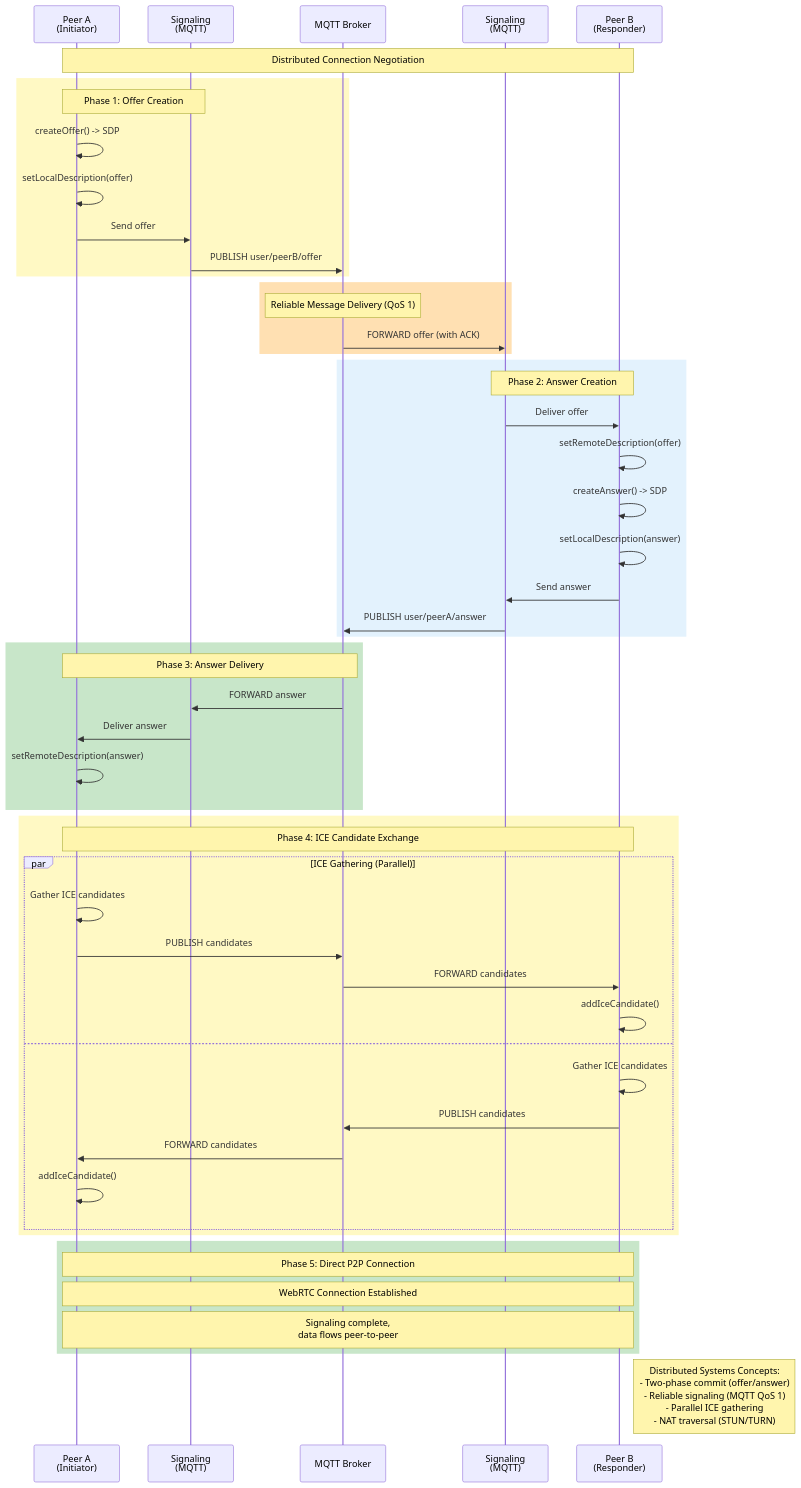
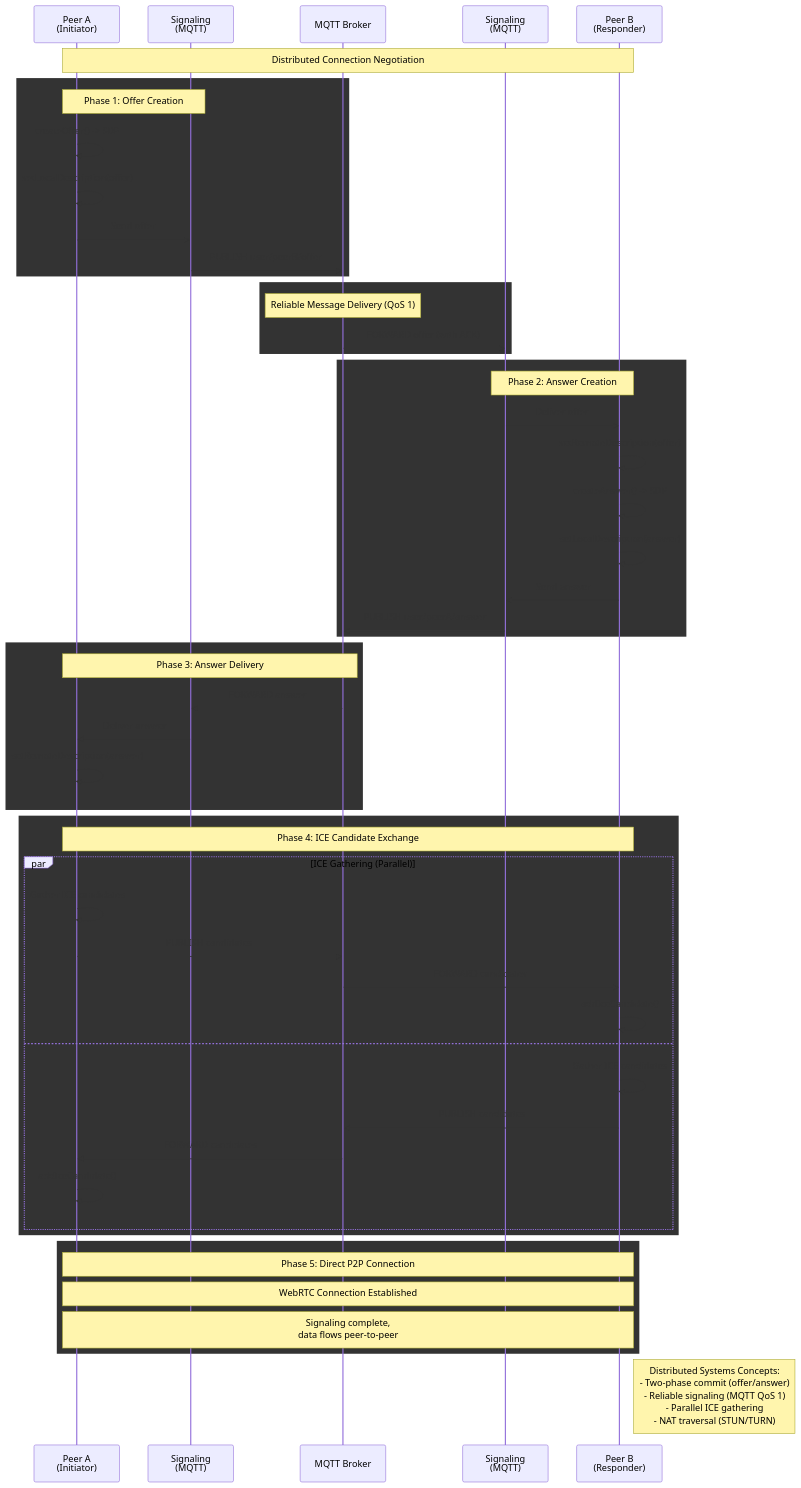
The third of 8 diagrams in docs/sequence-diagrams.md (amr-kasem/distributed-systems-react-chat-peer), drawn with Mermaid before and after one commit. The commit also changed other lines of this file and 7 other files, not shown here.

Commit message:
solved issues with diagrams

````diff
--- a/docs/sequence-diagrams.md
+++ b/docs/sequence-diagrams.md
@@ -105,64 +105,64 @@
 ```mermaid
 sequenceDiagram
     participant PeerA as Peer A<br/>(Initiator)
     participant SignalA as Signaling<br/>(MQTT)
     participant Broker as MQTT Broker
     participant SignalB as Signaling<br/>(MQTT)
     participant PeerB as Peer B<br/>(Responder)
     
     Note over PeerA,PeerB: Distributed Connection Negotiation
     
-    rect rgb(255, 249, 196)
+    rect rgb("255, 249, 196")
         Note over PeerA,SignalA: Phase 1: Offer Creation
         PeerA->>PeerA: createOffer() -> SDP
         PeerA->>PeerA: setLocalDescription(offer)
         PeerA->>SignalA: Send offer
         SignalA->>Broker: PUBLISH user/peerB/offer
     end
     
-    rect rgb(255, 224, 178)
+    rect rgb("255, 224, 178")
         Note over Broker: Reliable Message Delivery (QoS 1)
         Broker->>SignalB: FORWARD offer (with ACK)
     end
     
-    rect rgb(227, 242, 253)
+    rect rgb("227, 242, 253")
         Note over SignalB,PeerB: Phase 2: Answer Creation
         SignalB->>PeerB: Deliver offer
         PeerB->>PeerB: setRemoteDescription(offer)
         PeerB->>PeerB: createAnswer() -> SDP
         PeerB->>PeerB: setLocalDescription(answer)
         PeerB->>SignalB: Send answer
         SignalB->>Broker: PUBLISH user/peerA/answer
     end
     
-    rect rgb(200, 230, 201)
+    rect rgb("200, 230, 201")
         Note over Broker,PeerA: Phase 3: Answer Delivery
         Broker->>SignalA: FORWARD answer
         SignalA->>PeerA: Deliver answer
         PeerA->>PeerA: setRemoteDescription(answer)
     end
     
-    rect rgb(255, 249, 196)
+    rect rgb("255, 249, 196")
         Note over PeerA,PeerB: Phase 4: ICE Candidate Exchange
         
         par ICE Gathering (Parallel)
             PeerA->>PeerA: Gather ICE candidates
             PeerA->>Broker: PUBLISH candidates
             Broker->>PeerB: FORWARD candidates
             PeerB->>PeerB: addIceCandidate()
         and
             PeerB->>PeerB: Gather ICE candidates
             PeerB->>Broker: PUBLISH candidates
             Broker->>PeerA: FORWARD candidates
             PeerA->>PeerA: addIceCandidate()
         end
     end
     
-    rect rgb(200, 230, 201)
+    rect rgb("200, 230, 201")
         Note over PeerA,PeerB: Phase 5: Direct P2P Connection
         Note over PeerA,PeerB: WebRTC Connection Established
         Note over PeerA,PeerB: Signaling complete,<br/>data flows peer-to-peer
     end
     
     Note right of PeerB: Distributed Systems Concepts:<br/>- Two-phase commit (offer/answer)<br/>- Reliable signaling (MQTT QoS 1)<br/>- Parallel ICE gathering<br/>- NAT traversal (STUN/TURN)
 ```
````
